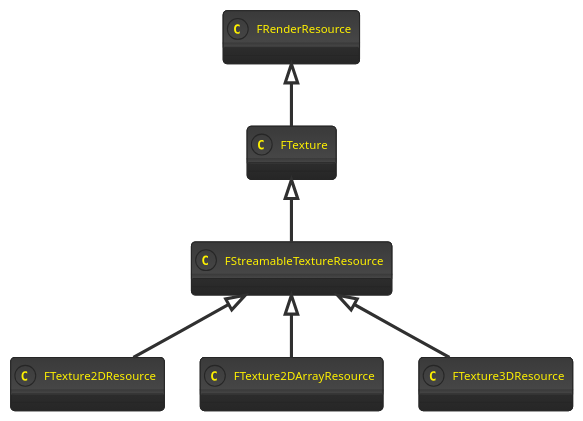
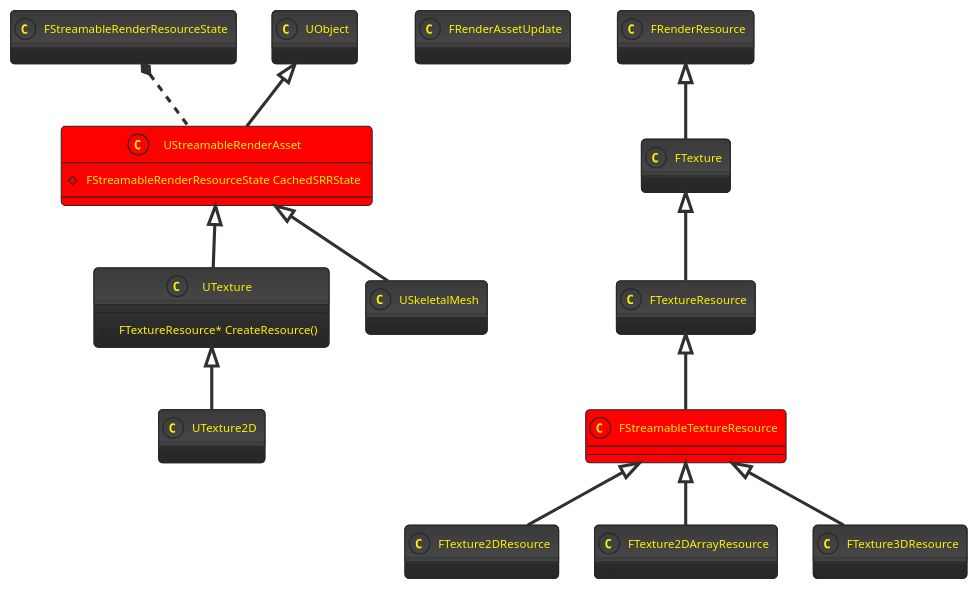
One commit to yuanlin2008/Notes changed the second of 2 diagrams in ContentStreaming.md. Above: the diagram before and after it, drawn with PlantUML. The commit also changed other lines of this file and 1 other file, not shown here.

````diff
--- a/ContentStreaming.md
+++ b/ContentStreaming.md
@@ -31,17 +20,43 @@
 ```puml
 !theme black-knight
 
+class FStreamableRenderResourceState
+class FRenderAssetUpdate
+
+''''''''''''''''''''''''''''''''''''''''''''''''''''''''''''''''''''''''''
+
+class UObject
+class UStreamableRenderAsset #red{
+    # FStreamableRenderResourceState CachedSRRState
+}
+class UTexture {
+    +FTextureResource* CreateResource()
+}
+class UTexture2D
+class USkeletalMesh
+
+UObject<|-- UStreamableRenderAsset
+UStreamableRenderAsset<|-- UTexture
+UTexture<|-- UTexture2D
+UStreamableRenderAsset<|-- USkeletalMesh
+
+''''''''''''''''''''''''''''''''''''''''''''''''''''''''''''''''''''''''''
 class FRenderResource
 class FTexture
-class FStreamableTextureResource
+class FTextureResource
+class FStreamableTextureResource #red
 class FTexture2DResource
 class FTexture2DArrayResource
 class FTexture3DResource
 
 FRenderResource<|--FTexture
-FTexture<|--FStreamableTextureResource
+FTexture<|--FTextureResource
+FTextureResource<|--FStreamableTextureResource
 FStreamableTextureResource<|--FTexture2DResource
 FStreamableTextureResource<|--FTexture2DArrayResource
 FStreamableTextureResource<|--FTexture3DResource
 
+''''''''''''''''''''''''''''''''''''''''''''''''''''''''''''''''''''''''''
+FStreamableRenderResourceState*.. UStreamableRenderAsset
+
 ```
````
